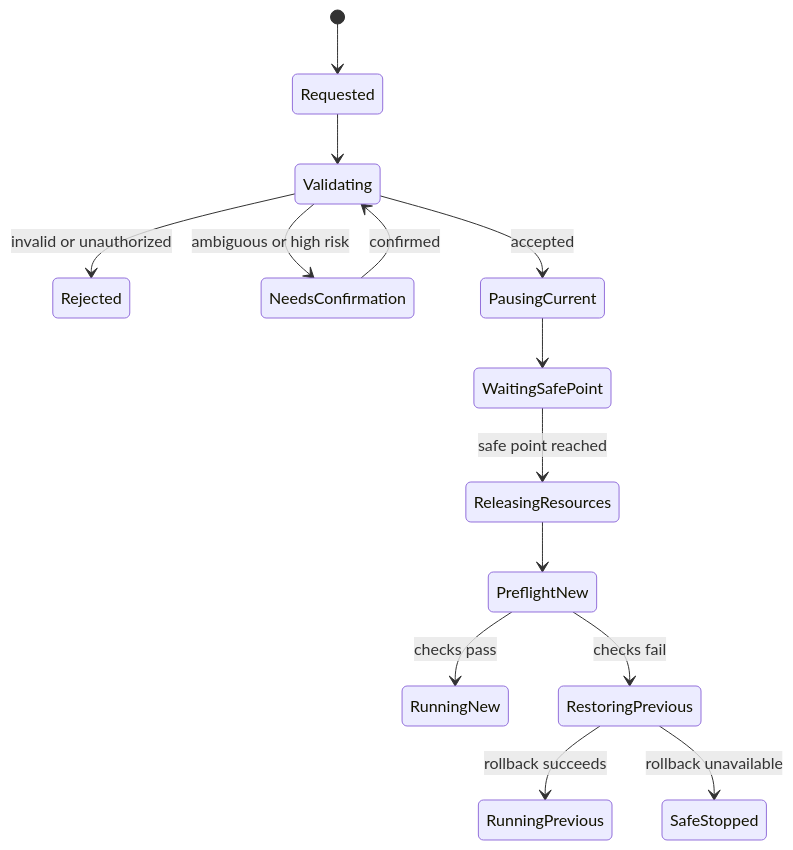
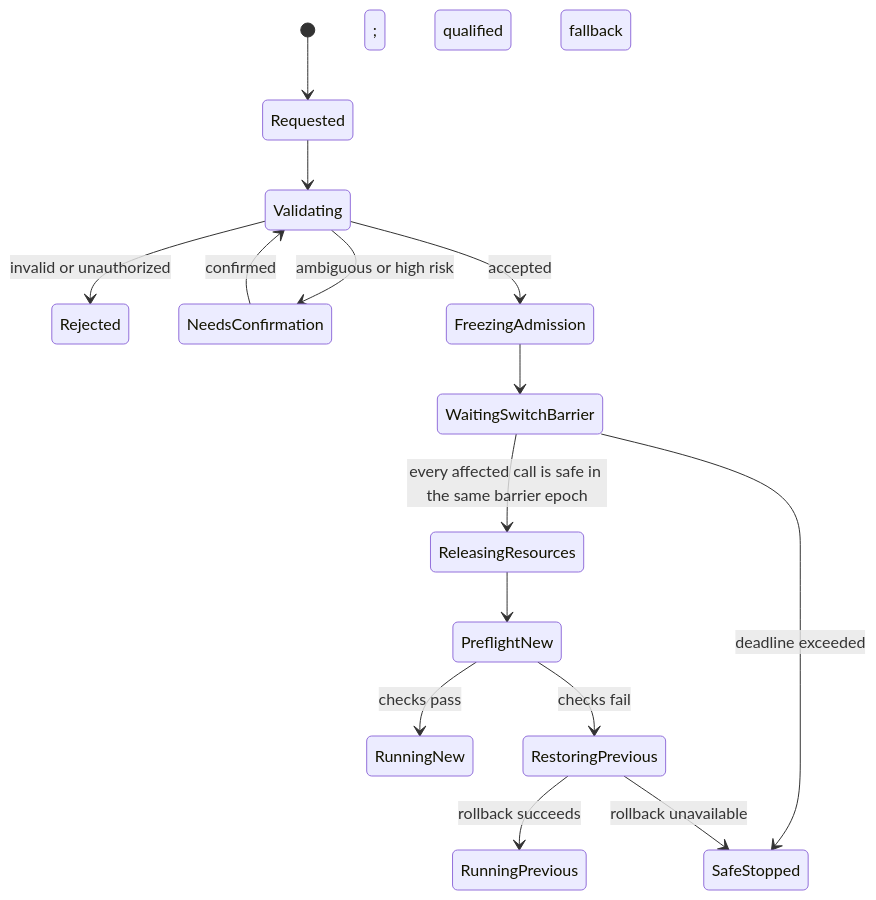
One commit to echengdee/longship changed the second of 3 diagrams in docs/architecture/system-architecture-v2.md. Above: the diagram before and after it, drawn with Mermaid. The commit also changed other lines of this file and 14 other files, not shown here.

````diff
--- a/docs/architecture/system-architecture-v2.md
+++ b/docs/architecture/system-architecture-v2.md
@@ -485,16 +522,17 @@
 ```mermaid
 stateDiagram-v2
     [*] --> Requested
     Requested --> Validating
     Validating --> Rejected: invalid or unauthorized
     Validating --> NeedsConfirmation: ambiguous or high risk
     NeedsConfirmation --> Validating: confirmed
-    Validating --> PausingCurrent: accepted
-    PausingCurrent --> WaitingSafePoint
-    WaitingSafePoint --> ReleasingResources: safe point reached
+    Validating --> FreezingAdmission: accepted
+    FreezingAdmission --> WaitingSwitchBarrier
+    WaitingSwitchBarrier --> ReleasingResources: every affected call is safe in the same barrier epoch
+    WaitingSwitchBarrier --> SafeStopped: deadline exceeded; qualified fallback
     ReleasingResources --> PreflightNew
     PreflightNew --> RunningNew: checks pass
     PreflightNew --> RestoringPrevious: checks fail
     RestoringPrevious --> RunningPrevious: rollback succeeds
     RestoringPrevious --> SafeStopped: rollback unavailable
 ```
````
